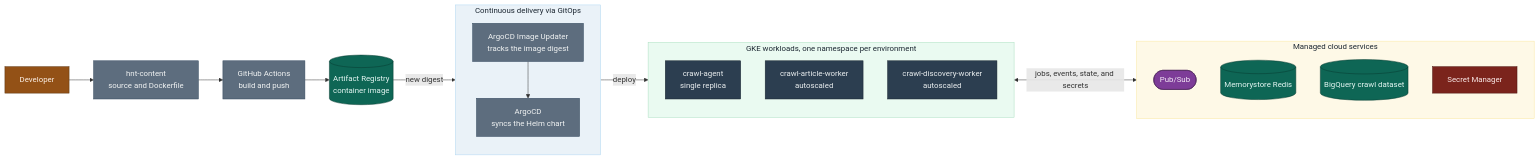
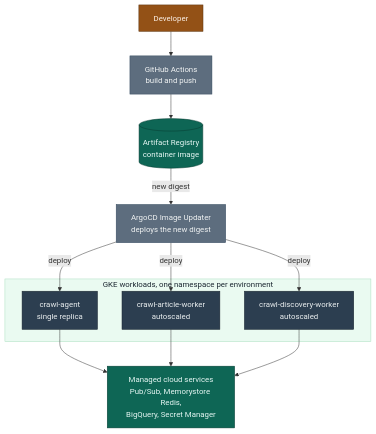
Before and after one commit to mozilla/hnt-content: the fifth of 5 diagrams in docs/ARCHITECTURE.md, drawn with Mermaid. The commit also changed other lines of this file, not shown here.

Commit message:
docs(HNT-2086): correct curated-article source and make diagrams legible under GitHub controls

````diff
--- a/docs/ARCHITECTURE.md
+++ b/docs/ARCHITECTURE.md
@@ -302,43 +304,25 @@
 ```mermaid
-flowchart LR
+flowchart TB
     dev["Developer"]:::actor
-    repo["hnt-content<br/>source and Dockerfile"]:::platform
     ci["GitHub Actions<br/>build and push"]:::platform
     gar[("Artifact Registry<br/>container image")]:::store
-
-    subgraph delivery["Continuous delivery via GitOps"]
-        direction TB
-        iu["ArgoCD Image Updater<br/>tracks the image digest"]:::platform
-        argo["ArgoCD<br/>syncs the Helm chart"]:::platform
-        iu --> argo
-    end
+    argo["ArgoCD Image Updater<br/>deploys the new digest"]:::platform
 
     subgraph gke["GKE workloads, one namespace per environment"]
-        direction TB
         agent["crawl-agent<br/>single replica"]:::service
         artw["crawl-article-worker<br/>autoscaled"]:::service
         discw["crawl-discovery-worker<br/>autoscaled"]:::service
     end
 
-    subgraph gcp["Managed cloud services"]
-        direction TB
-        pubsub(["Pub/Sub"]):::messaging
-        redis[("Memorystore Redis")]:::store
-        bq[("BigQuery crawl dataset")]:::store
-        sm["Secret Manager"]:::secret
-    end
+    gcp["Managed cloud services<br/>Pub/Sub, Memorystore Redis,<br/>BigQuery, Secret Manager"]:::store
 
-    dev --> repo --> ci --> gar -->|new digest| iu
-    argo -->|deploy| gke
-    gke <-->|jobs, events, state, and secrets| gcp
+    dev --> ci --> gar -->|new digest| argo
+    argo -->|deploy| agent & artw & discw
+    agent & artw & discw --> gcp
 
     classDef service fill:#2c3e50,stroke:#1a252f,color:#ecf0f1,stroke-width:1px
-    classDef messaging fill:#7d3c98,stroke:#4a235a,color:#f4ecf7,stroke-width:1px
     classDef store fill:#0e6655,stroke:#073b31,color:#e8f8f5,stroke-width:1px
     classDef platform fill:#5d6d7e,stroke:#34495e,color:#f2f4f4,stroke-width:1px
     classDef actor fill:#935116,stroke:#5b3410,color:#fdf2e9,stroke-width:1px
-    classDef secret fill:#7b241c,stroke:#4a1410,color:#fdedec,stroke-width:1px
-    style delivery fill:#eaf2f8,stroke:#aed6f1,color:#1b2631
     style gke fill:#eafaf1,stroke:#a9dfbf,color:#1b2631
-    style gcp fill:#fef9e7,stroke:#f9e79f,color:#1b2631
 ```
````
